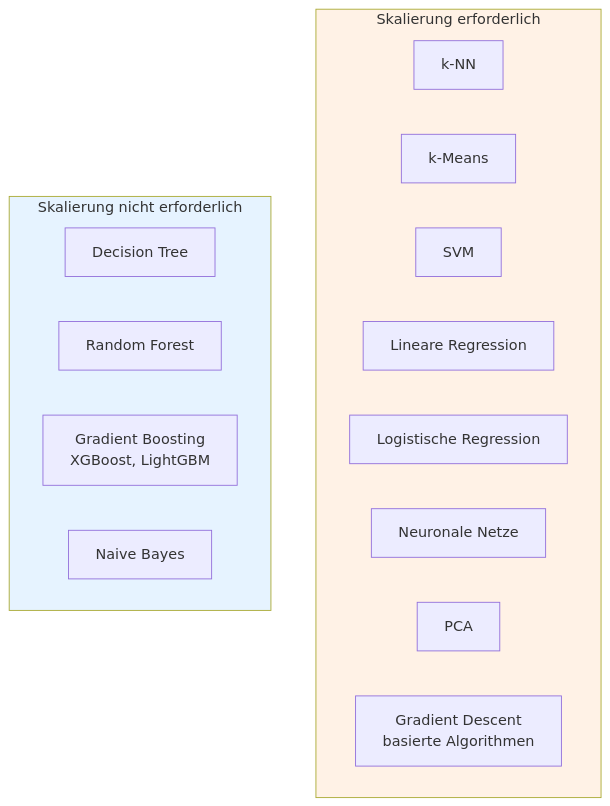
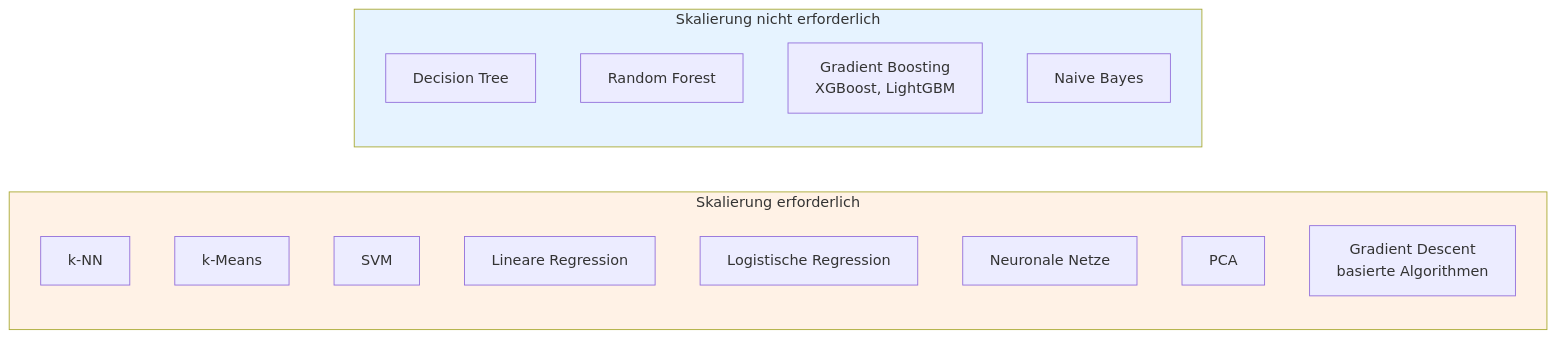
Before and after one commit to ralf-42/ML_Intro: the fifth of 6 diagrams in docs/concepts/prepare/skalierung.md, drawn with Mermaid. The commit also changed other lines of this file and 4 other files, not shown here.

````diff
--- a/docs/concepts/prepare/skalierung.md
+++ b/docs/concepts/prepare/skalierung.md
@@ -413,23 +414,23 @@
 ```mermaid
-flowchart TD
+flowchart LR
     subgraph need[Skalierung erforderlich]
         A1[k-NN]
         A2[k-Means]
         A3[SVM]
         A4[Lineare Regression]
         A5[Logistische Regression]
         A6[Neuronale Netze]
         A7[PCA]
         A8[Gradient Descent<br/>basierte Algorithmen]
     end
     
     subgraph noneed[Skalierung nicht erforderlich]
         B1[Decision Tree]
         B2[Random Forest]
         B3[Gradient Boosting<br/>XGBoost, LightGBM]
         B4[Naive Bayes]
     end
     
     style need fill:#fff2e6
     style noneed fill:#e6f3ff
 ```
````
